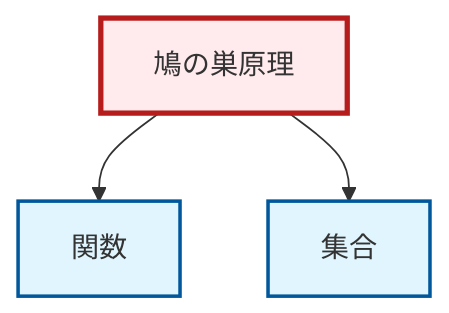
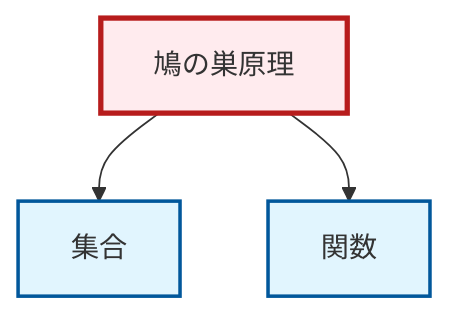
The diagram in output/mermaid/ja/thm-pigeonhole-principle.mermaid (RK0429/ModernMath), drawn with Mermaid before and after one commit. The commit also changed other lines of this file and 3212 other files, not shown here.

```diff
--- a/output/mermaid/ja/thm-pigeonhole-principle.mermaid
+++ b/output/mermaid/ja/thm-pigeonhole-principle.mermaid
@@ -1,12 +1,12 @@
 graph TD
     classDef definition fill:#e1f5fe,stroke:#01579b,stroke-width:2px
     classDef theorem fill:#f3e5f5,stroke:#4a148c,stroke-width:2px
     classDef axiom fill:#fff3e0,stroke:#e65100,stroke-width:2px
     classDef example fill:#e8f5e9,stroke:#1b5e20,stroke-width:2px
     classDef current fill:#ffebee,stroke:#b71c1c,stroke-width:3px
     def-function["関数"]:::definition
     def-set["集合"]:::definition
     thm-pigeonhole-principle["鳩の巣原理"]:::theorem
+    thm-pigeonhole-principle --> def-set
     thm-pigeonhole-principle --> def-function
-    thm-pigeonhole-principle --> def-set
     class thm-pigeonhole-principle current
```
